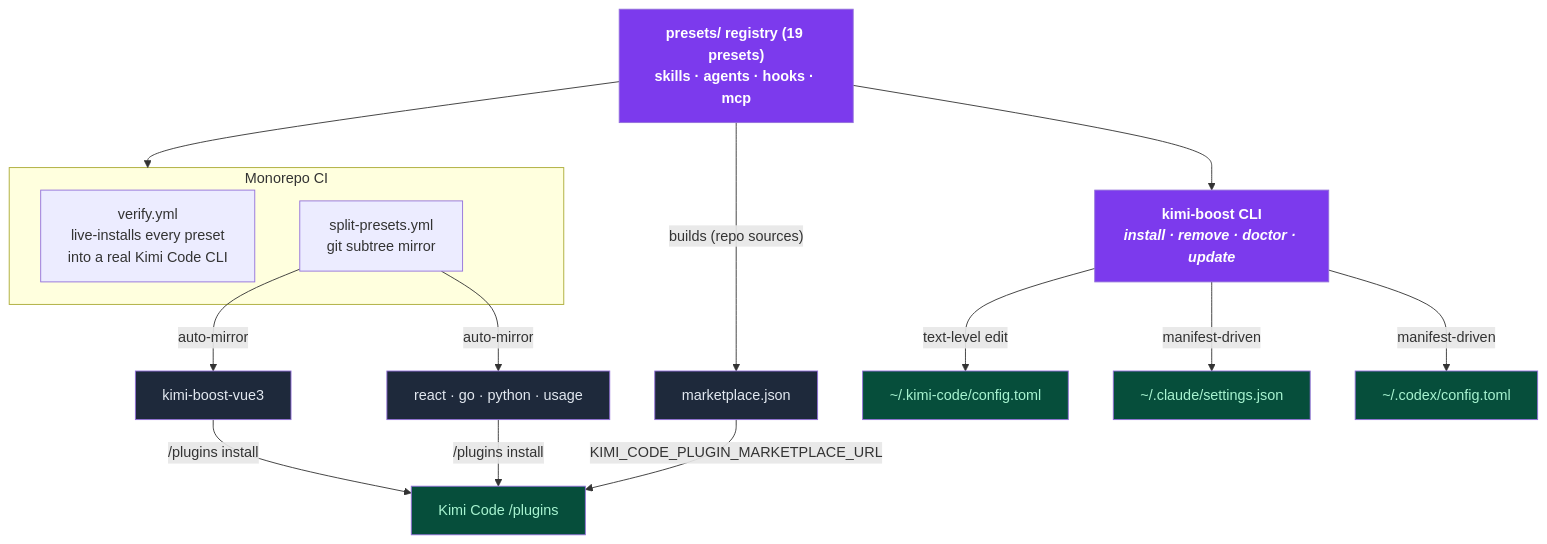
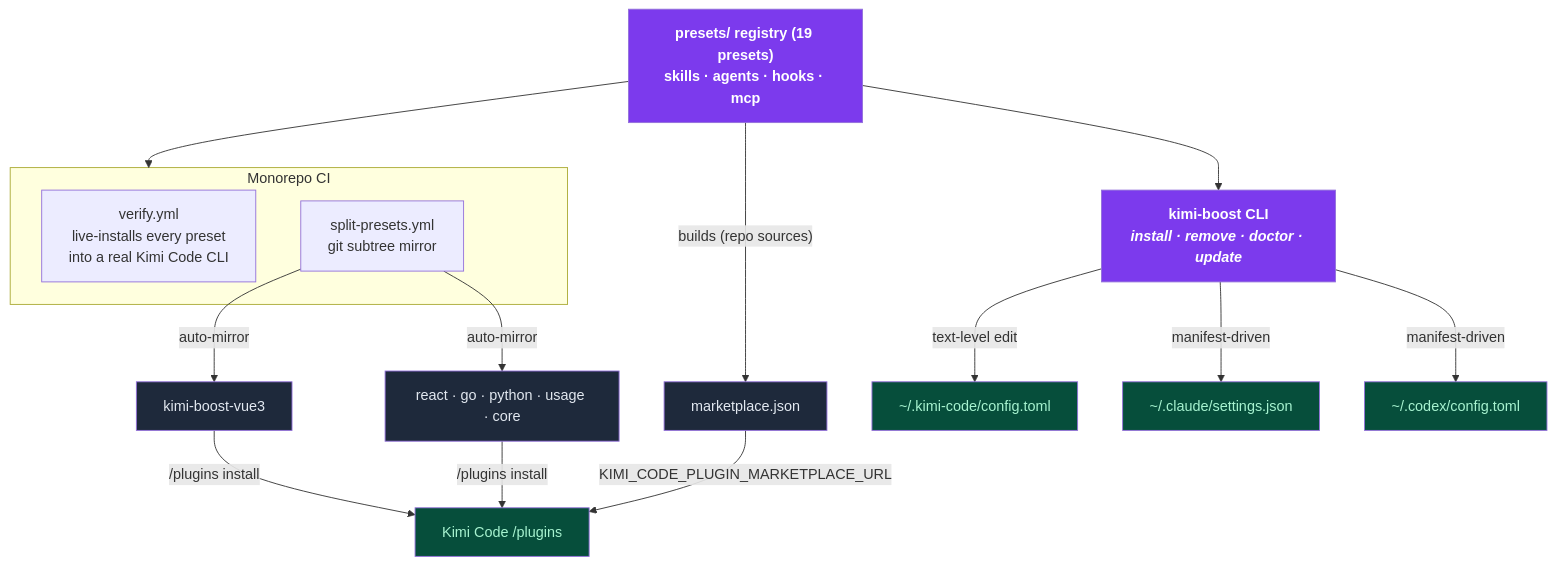
The diagram in README.md (shidesheng0218/kimi-boost), drawn with Mermaid before and after one commit. The commit also changed other lines of this file and 2 other files, not shown here.

````diff
--- a/README.md
+++ b/README.md
@@ -273,29 +273,29 @@
 ```mermaid
 flowchart TD
     REG["<b>presets/ registry</b> (19 presets)<br/>skills · agents · hooks · mcp"]
 
     subgraph CI["Monorepo CI"]
       VERIFY["verify.yml<br/>live-installs every preset<br/>into a real Kimi Code CLI"]
       SPLIT["split-presets.yml<br/>git subtree mirror"]
     end
 
     REG --> CI
     SPLIT -->|"auto-mirror"| M1["kimi-boost-vue3"]
-    SPLIT -->|"auto-mirror"| M2["react · go · python · usage"]
+    SPLIT -->|"auto-mirror"| M2["react · go · python · usage · core"]
     M1 & M2 -->|"/plugins install"| KP["Kimi Code /plugins"]
     REG -->|"builds (repo sources)"| MKT["marketplace.json"]
     MKT -->|"KIMI_CODE_PLUGIN_MARKETPLACE_URL"| KP
 
     KB["<b>kimi-boost CLI</b><br/><i>install · remove · doctor · update</i>"]
     REG --> KB
     KB -->|"text-level edit"| KCF["~/.kimi-code/config.toml"]
     KB -->|"manifest-driven"| CCS["~/.claude/settings.json"]
     KB -->|"manifest-driven"| CXC["~/.codex/config.toml"]
 
     classDef cli fill:#7c3aed,color:#fff,font-weight:bold;
     classDef tool fill:#1e293b,color:#e2e8f0;
     classDef out fill:#064e3b,color:#a7f3d0;
     class KB,REG cli;
     class M1,M2,MKT tool;
     class KCF,CCS,CXC,KP out;
 ```
````
